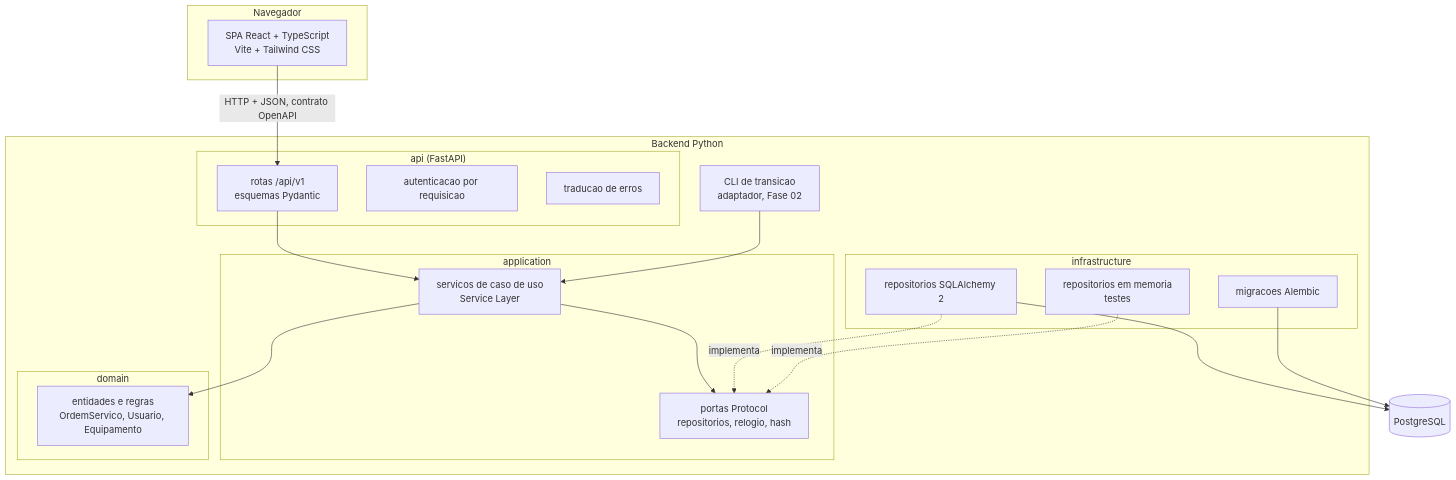
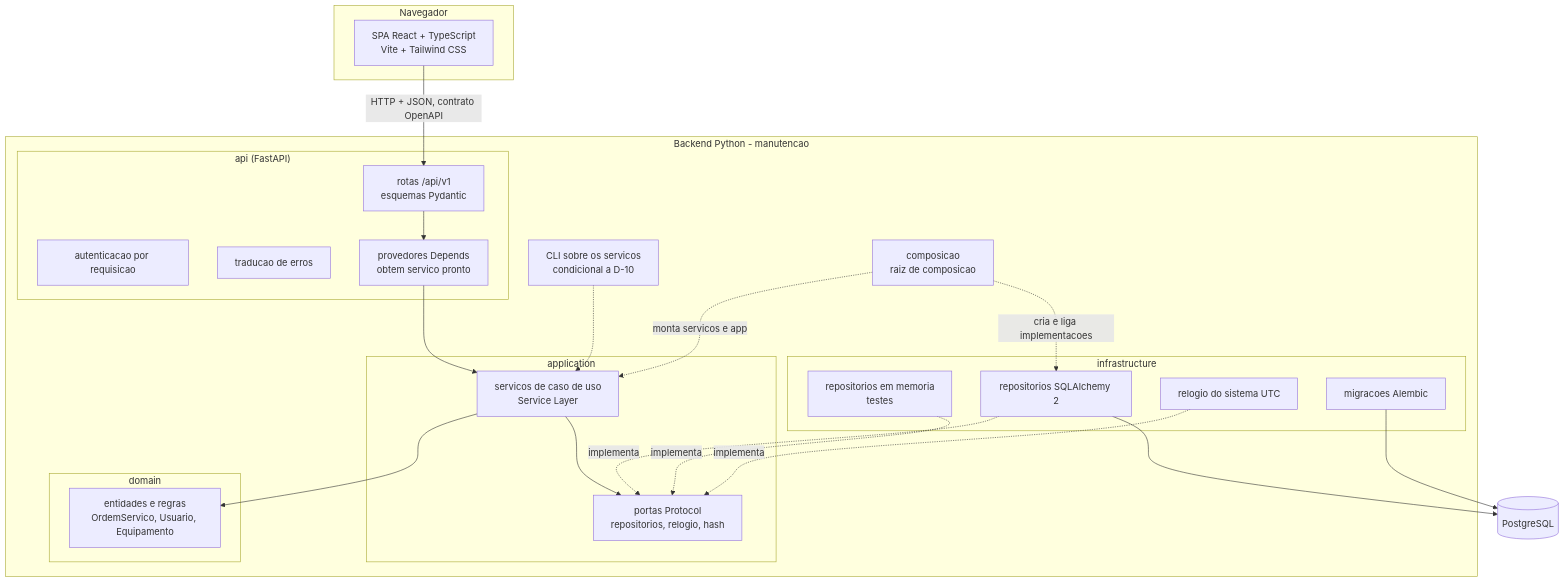
Before and after one commit to W3LLCR0S/sistema-gestao-manutencao: the second of 7 diagrams in docs/DIAGRAMAS.md, drawn with Mermaid. The commit also changed other lines of this file, not shown here.

First line of the commit message:
docs: align diagrams with layer rules, availability and state machine

````diff
--- a/docs/DIAGRAMAS.md
+++ b/docs/DIAGRAMAS.md
@@ -41,39 +42,46 @@
 ```mermaid
 flowchart TB
     subgraph navegador["Navegador"]
         spa["SPA React + TypeScript<br/>Vite + Tailwind CSS"]
     end
 
-    subgraph backend["Backend Python"]
+    subgraph backend["Backend Python - manutencao"]
         subgraph apic["api (FastAPI)"]
             rotas["rotas /api/v1<br/>esquemas Pydantic"]
             auth["autenticacao por requisicao"]
             erros["traducao de erros"]
+            provedores["provedores Depends<br/>obtem servico pronto"]
         end
         subgraph appc["application"]
             servicos["servicos de caso de uso<br/>Service Layer"]
             portas["portas Protocol<br/>repositorios, relogio, hash"]
         end
         subgraph domc["domain"]
             entidades["entidades e regras<br/>OrdemServico, Usuario, Equipamento"]
         end
         subgraph infc["infrastructure"]
             reposql["repositorios SQLAlchemy 2"]
             repomem["repositorios em memoria<br/>testes"]
+            relsis["relogio do sistema UTC"]
             migr["migracoes Alembic"]
         end
-        cli["CLI de transicao<br/>adaptador, Fase 02"]
+        comp["composicao<br/>raiz de composicao"]
+        cli["CLI sobre os servicos<br/>condicional a D-10"]
     end
 
     pg[("PostgreSQL")]
 
     spa -->|"HTTP + JSON, contrato OpenAPI"| rotas
-    rotas --> servicos
-    cli --> servicos
+    rotas --> provedores
+    provedores --> servicos
+    cli -.-> servicos
     servicos --> entidades
     servicos --> portas
     reposql -.->|"implementa"| portas
     repomem -.->|"implementa"| portas
+    relsis -.->|"implementa"| portas
     reposql --> pg
     migr --> pg
+    comp -.->|"cria e liga implementacoes"| reposql
+    comp -.->|"monta servicos e app"| servicos
 ```
````
